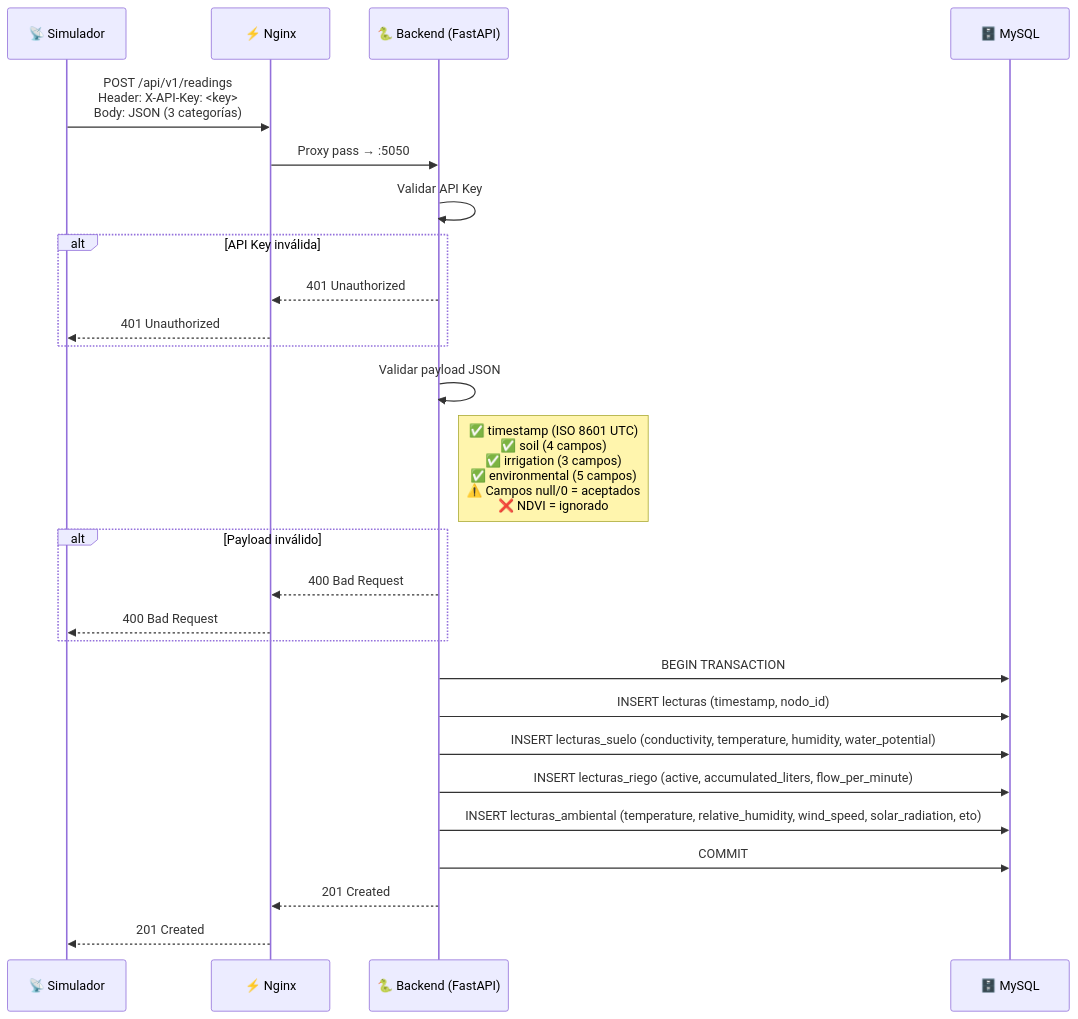
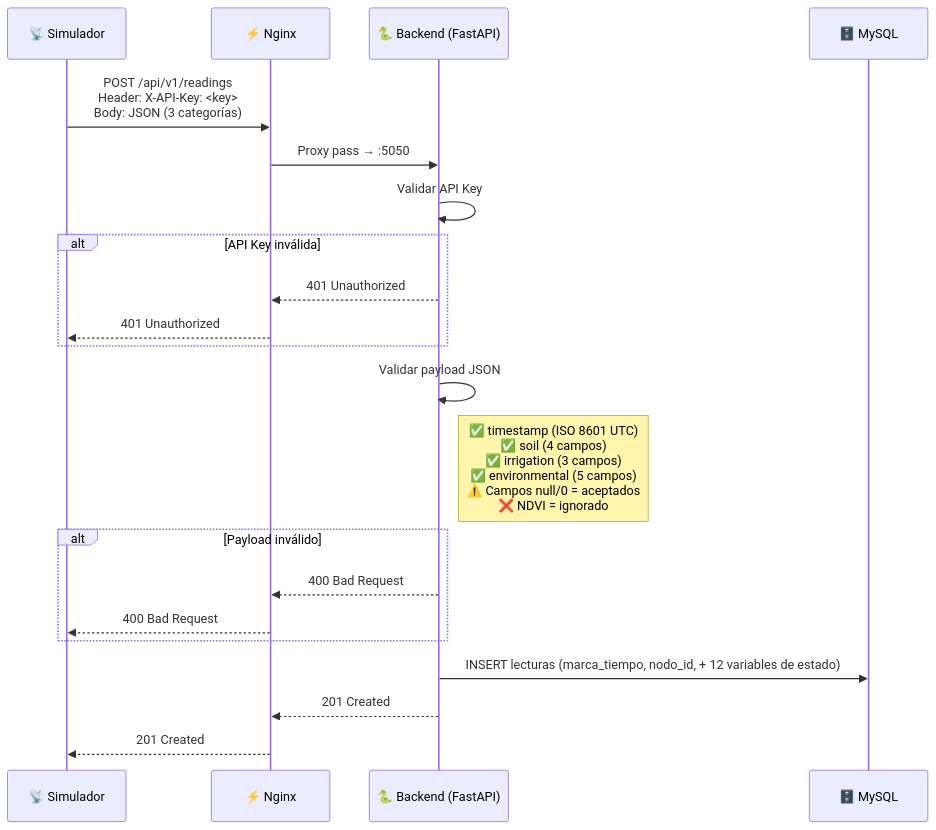
One commit to Alanzphy/IoT_Sensors changed the second of 11 diagrams in docs/arquitectura.md. Above: the diagram before and after it, drawn with Mermaid. The commit also changed other lines of this file and 17 other files, not shown here.

Commit message:
refactor: flatten database schema for sensor readings and optimize queries

````diff
--- a/docs/arquitectura.md
+++ b/docs/arquitectura.md
@@ -89,34 +89,28 @@
 ```mermaid
 sequenceDiagram
     participant S as 📡 Simulador
     participant N as ⚡ Nginx
     participant B as 🐍 Backend (FastAPI)
     participant DB as 🗄️ MySQL
 
     S->>N: POST /api/v1/readings<br/>Header: X-API-Key: <key><br/>Body: JSON (3 categorías)
     N->>B: Proxy pass → :5050
 
     B->>B: Validar API Key
     alt API Key inválida
         B-->>N: 401 Unauthorized
         N-->>S: 401 Unauthorized
     end
 
     B->>B: Validar payload JSON
     Note right of B: ✅ timestamp (ISO 8601 UTC)<br/>✅ soil (4 campos)<br/>✅ irrigation (3 campos)<br/>✅ environmental (5 campos)<br/>⚠️ Campos null/0 = aceptados<br/>❌ NDVI = ignorado
 
     alt Payload inválido
         B-->>N: 400 Bad Request
         N-->>S: 400 Bad Request
     end
 
-    B->>DB: BEGIN TRANSACTION
-    B->>DB: INSERT lecturas (timestamp, nodo_id)
-    B->>DB: INSERT lecturas_suelo (conductivity, temperature, humidity, water_potential)
-    B->>DB: INSERT lecturas_riego (active, accumulated_liters, flow_per_minute)
-    B->>DB: INSERT lecturas_ambiental (temperature, relative_humidity, wind_speed, solar_radiation, eto)
-    B->>DB: COMMIT
-
+    B->>DB: INSERT lecturas (marca_tiempo, nodo_id, + 12 variables de estado)
     B-->>N: 201 Created
     N-->>S: 201 Created
 ```
````
